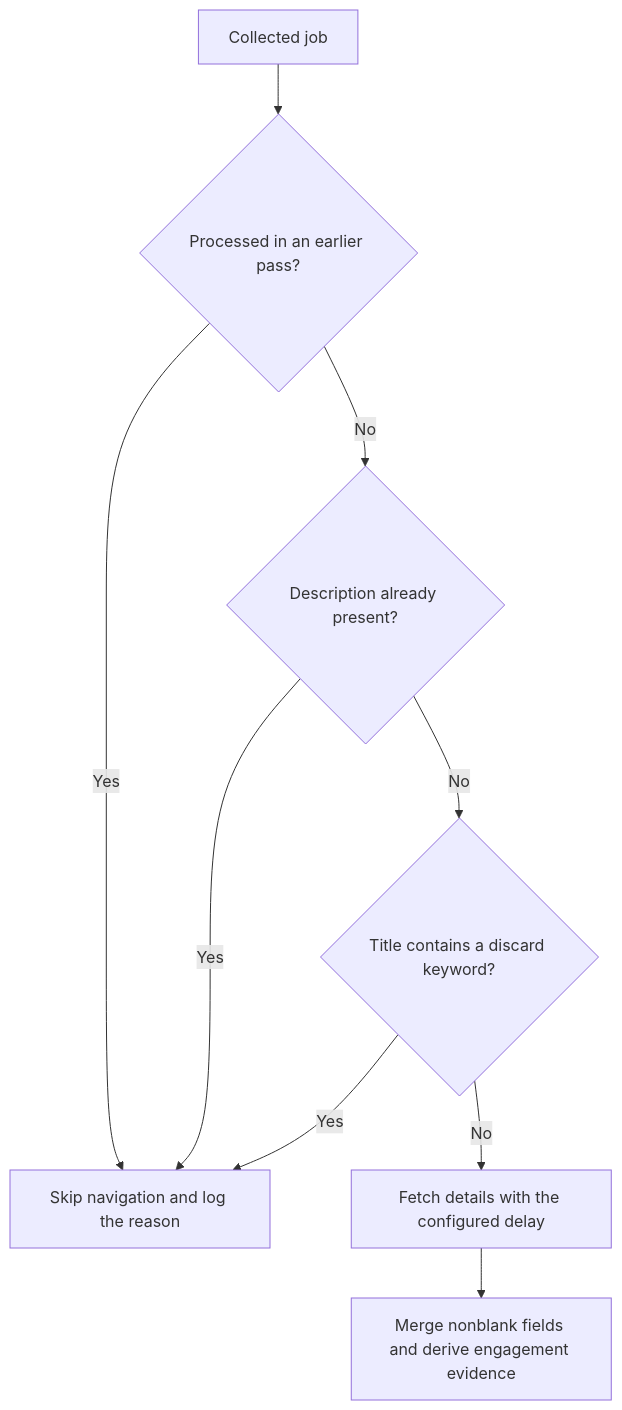
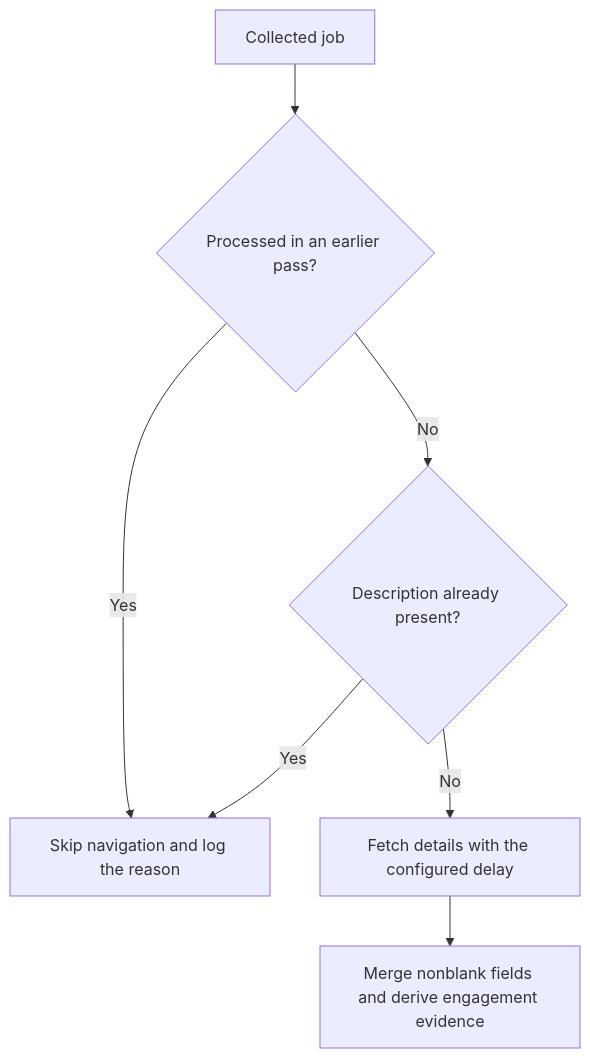
Before and after one commit to sheyko94/linkedin_job_search: the diagram in docs/job-evaluation.md, drawn with Mermaid. The commit also changed other lines of this file and 45 other files, not shown here.

````diff
--- a/docs/job-evaluation.md
+++ b/docs/job-evaluation.md
@@ -45,11 +45,9 @@
 ```mermaid
 flowchart TD
     JOB["Collected job"] --> OLD{"Processed in an earlier pass?"}
     OLD -->|Yes| SKIP["Skip navigation and log the reason"]
     OLD -->|No| DESC{"Description already present?"}
     DESC -->|Yes| SKIP
-    DESC -->|No| TITLE{"Title contains a discard keyword?"}
-    TITLE -->|Yes| SKIP
-    TITLE -->|No| FETCH["Fetch details with the configured delay"]
+    DESC -->|No| FETCH["Fetch details with the configured delay"]
     FETCH --> MERGE["Merge nonblank fields and derive engagement evidence"]
 ```
````
